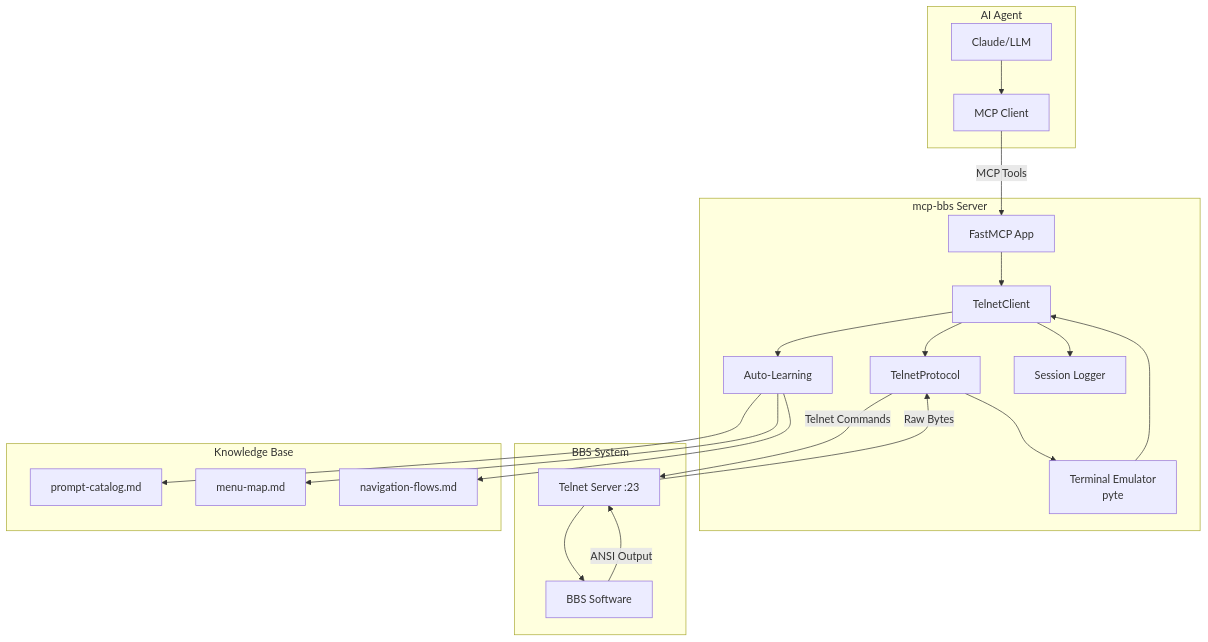
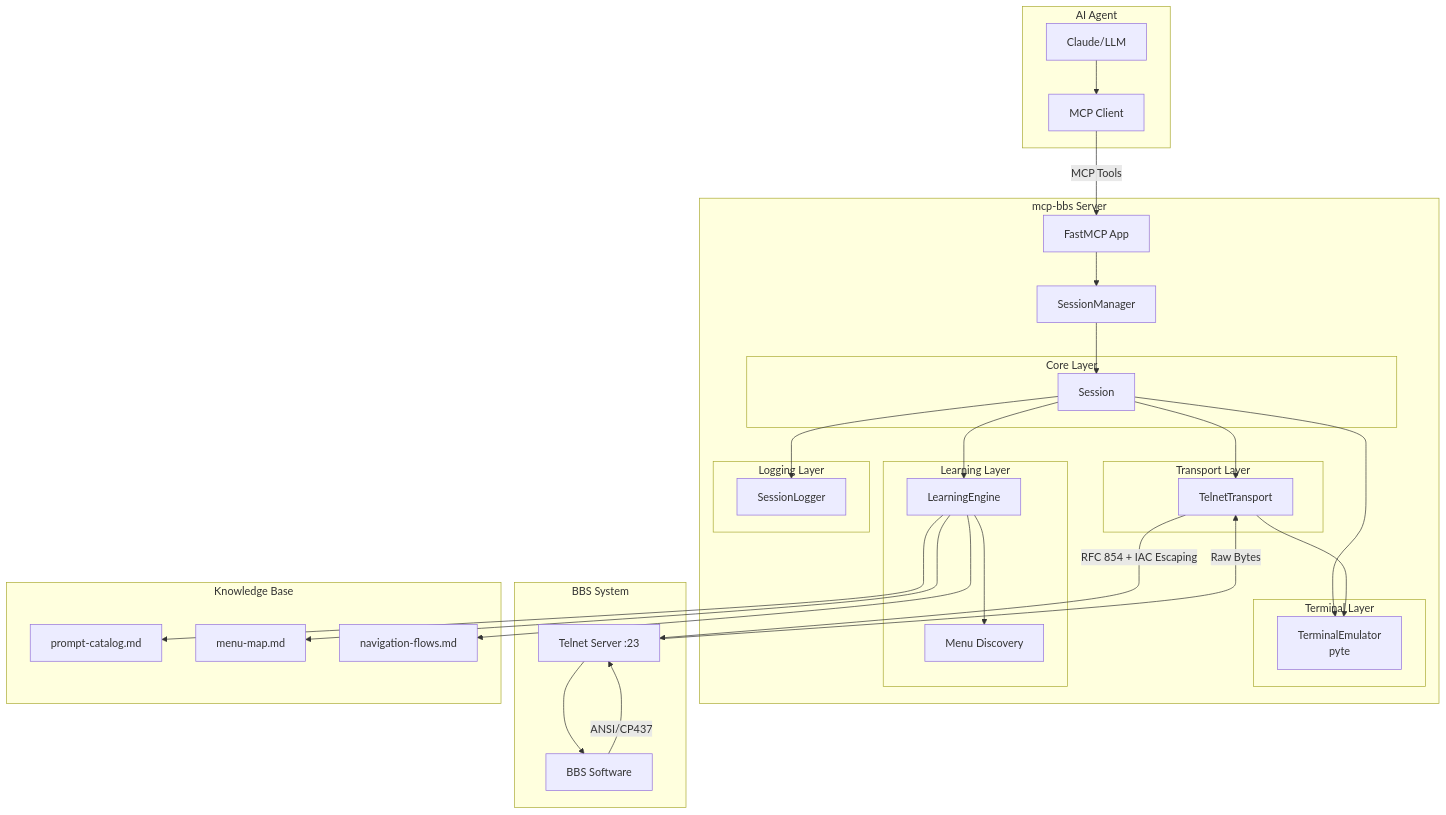
One commit to livingstaccato/mcp-bbs changed the first of 2 diagrams in README.md. Above: the diagram before and after it, drawn with Mermaid. The commit also changed other lines of this file and 91 other files, not shown here.

````diff
--- a/README.md
+++ b/README.md
@@ -20,43 +22,62 @@
 ```mermaid
 graph TB
     subgraph "AI Agent"
         LLM[Claude/LLM]
         MCP[MCP Client]
     end
 
     subgraph "mcp-bbs Server"
         App[FastMCP App]
-        Client[TelnetClient]
-        Protocol[TelnetProtocol]
-        Screen[Terminal Emulator<br/>pyte]
-        Learn[Auto-Learning]
-        Log[Session Logger]
+        SM[SessionManager]
+
+        subgraph "Core Layer"
+            Session[Session]
+        end
+
+        subgraph "Transport Layer"
+            Transport[TelnetTransport]
+        end
+
+        subgraph "Terminal Layer"
+            Emulator[TerminalEmulator<br/>pyte]
+        end
+
+        subgraph "Learning Layer"
+            Engine[LearningEngine]
+            Discovery[Menu Discovery]
+        end
+
+        subgraph "Logging Layer"
+            Logger[SessionLogger]
+        end
     end
 
     subgraph "BBS System"
         Telnet[Telnet Server :23]
         BBS[BBS Software]
     end
 
     subgraph "Knowledge Base"
         Prompts[prompt-catalog.md]
         Menus[menu-map.md]
         Flows[navigation-flows.md]
     end
 
     LLM --> MCP
     MCP -->|MCP Tools| App
-    App --> Client
-    Client --> Protocol
-    Protocol -->|Telnet Commands| Telnet
+    App --> SM
+    SM --> Session
+    Session --> Transport
+    Session --> Emulator
+    Session --> Engine
+    Session --> Logger
+    Transport -->|RFC 854 + IAC Escaping| Telnet
     Telnet --> BBS
-    BBS -->|ANSI Output| Telnet
-    Telnet -->|Raw Bytes| Protocol
-    Protocol --> Screen
-    Screen --> Client
-    Client --> Learn
-    Learn --> Prompts
-    Learn --> Menus
-    Learn --> Flows
-    Client --> Log
+    BBS -->|ANSI/CP437| Telnet
+    Telnet -->|Raw Bytes| Transport
+    Transport --> Emulator
+    Engine --> Discovery
+    Engine --> Prompts
+    Engine --> Menus
+    Engine --> Flows
 ```
````
